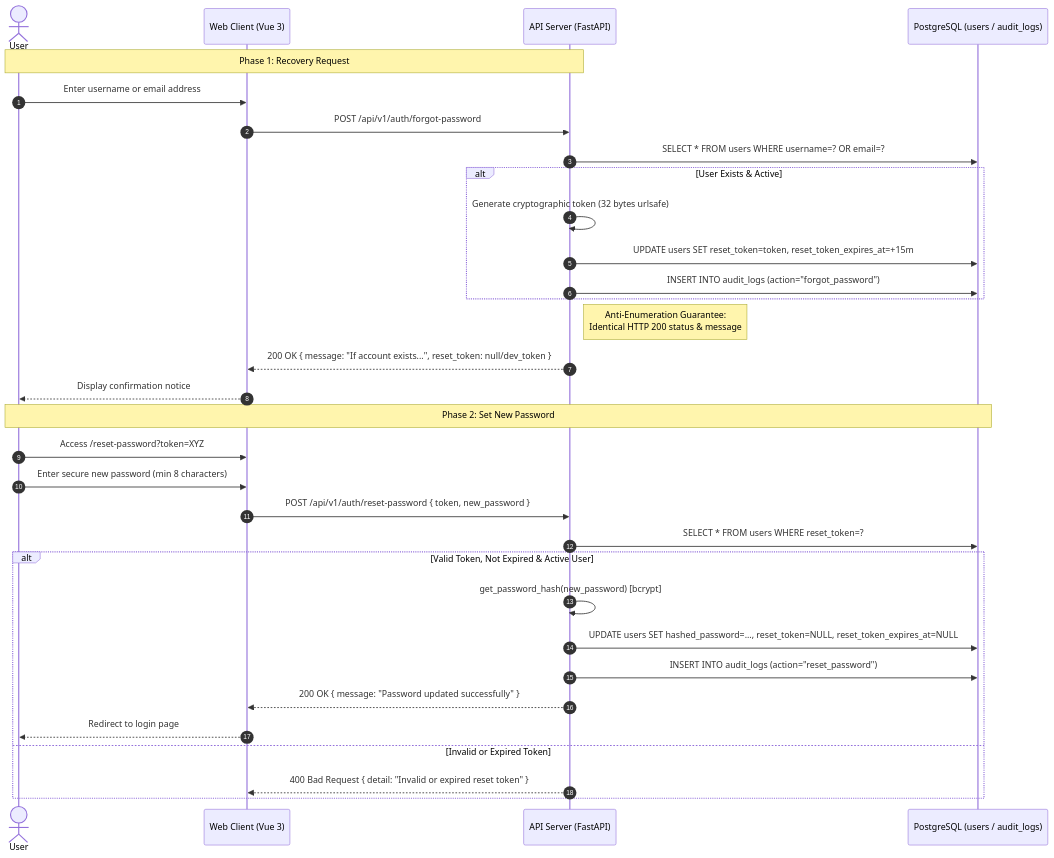
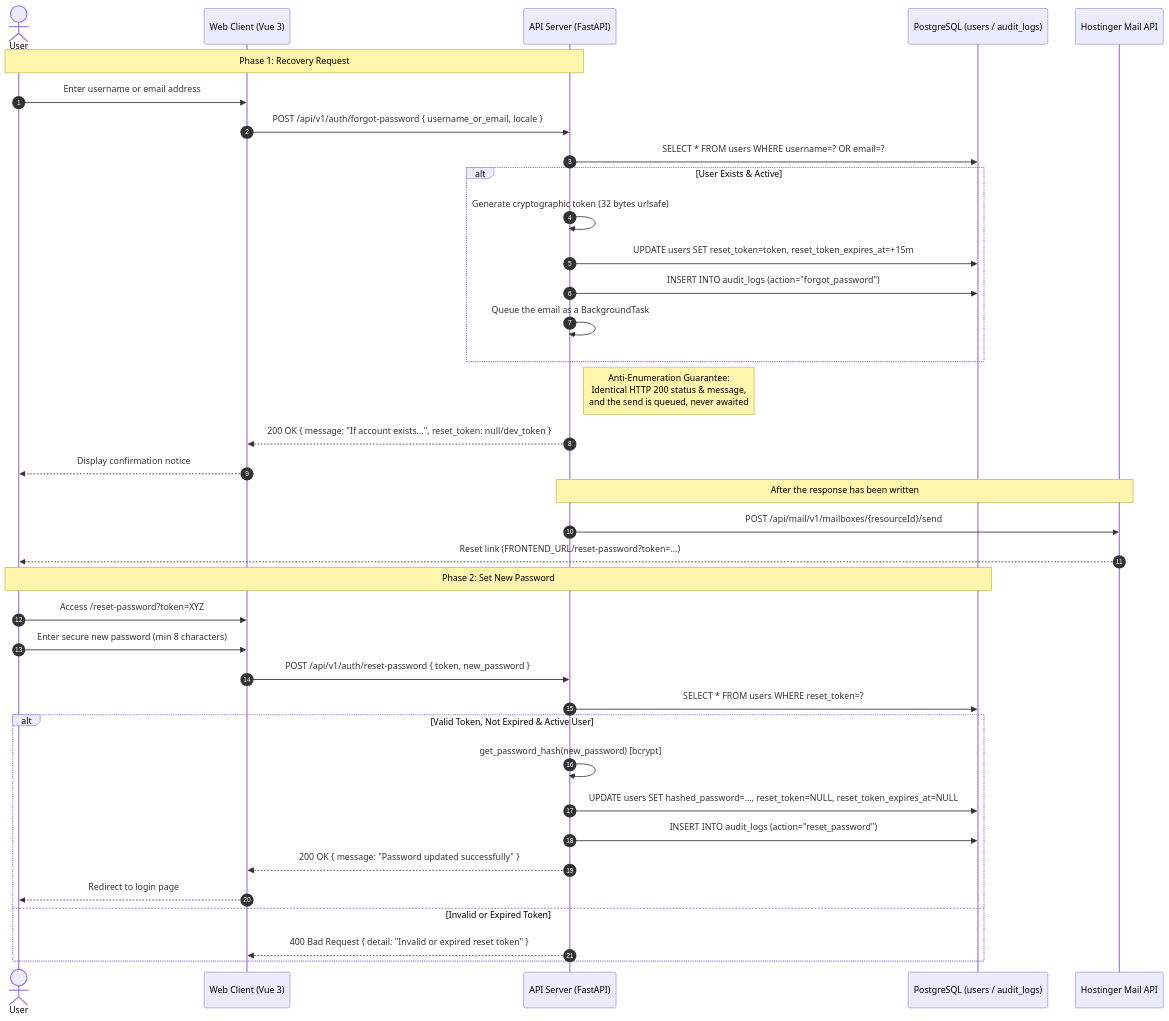
Before and after one commit to Cristian-David-Araujo/pawn-loan-platform: the diagram in docs/password-recovery.md, drawn with Mermaid. The commit also changed other lines of this file and 18 other files, not shown here.

````diff
--- a/docs/password-recovery.md
+++ b/docs/password-recovery.md
@@ -9,39 +9,45 @@
 ```mermaid
 sequenceDiagram
     autonumber
     actor User
     participant WebClient as Web Client (Vue 3)
     participant API as API Server (FastAPI)
     participant DB as PostgreSQL (users / audit_logs)
+    participant Mail as Hostinger Mail API
 
     Note over User, API: Phase 1: Recovery Request
     User->>WebClient: Enter username or email address
-    WebClient->>API: POST /api/v1/auth/forgot-password
+    WebClient->>API: POST /api/v1/auth/forgot-password { username_or_email, locale }
     API->>DB: SELECT * FROM users WHERE username=? OR email=?
     
     alt User Exists & Active
         API->>API: Generate cryptographic token (32 bytes urlsafe)
         API->>DB: UPDATE users SET reset_token=token, reset_token_expires_at=+15m
         API->>DB: INSERT INTO audit_logs (action="forgot_password")
+        API->>API: Queue the email as a BackgroundTask
     end
 
-    Note right of API: Anti-Enumeration Guarantee:<br/>Identical HTTP 200 status & message
+    Note right of API: Anti-Enumeration Guarantee:<br/>Identical HTTP 200 status & message,<br/>and the send is queued, never awaited
     API-->>WebClient: 200 OK { message: "If account exists...", reset_token: null/dev_token }
     WebClient-->>User: Display confirmation notice
+
+    Note over API, Mail: After the response has been written
+    API->>Mail: POST /api/mail/v1/mailboxes/{resourceId}/send
+    Mail-->>User: Reset link (FRONTEND_URL/reset-password?token=...)
 
     Note over User, DB: Phase 2: Set New Password
     User->>WebClient: Access /reset-password?token=XYZ
     User->>WebClient: Enter secure new password (min 8 characters)
     WebClient->>API: POST /api/v1/auth/reset-password { token, new_password }
     API->>DB: SELECT * FROM users WHERE reset_token=?
     
     alt Valid Token, Not Expired & Active User
         API->>API: get_password_hash(new_password) [bcrypt]
         API->>DB: UPDATE users SET hashed_password=..., reset_token=NULL, reset_token_expires_at=NULL
         API->>DB: INSERT INTO audit_logs (action="reset_password")
         API-->>WebClient: 200 OK { message: "Password updated successfully" }
         WebClient-->>User: Redirect to login page
     else Invalid or Expired Token
         API-->>WebClient: 400 Bad Request { detail: "Invalid or expired reset token" }
     end
 ```
````
